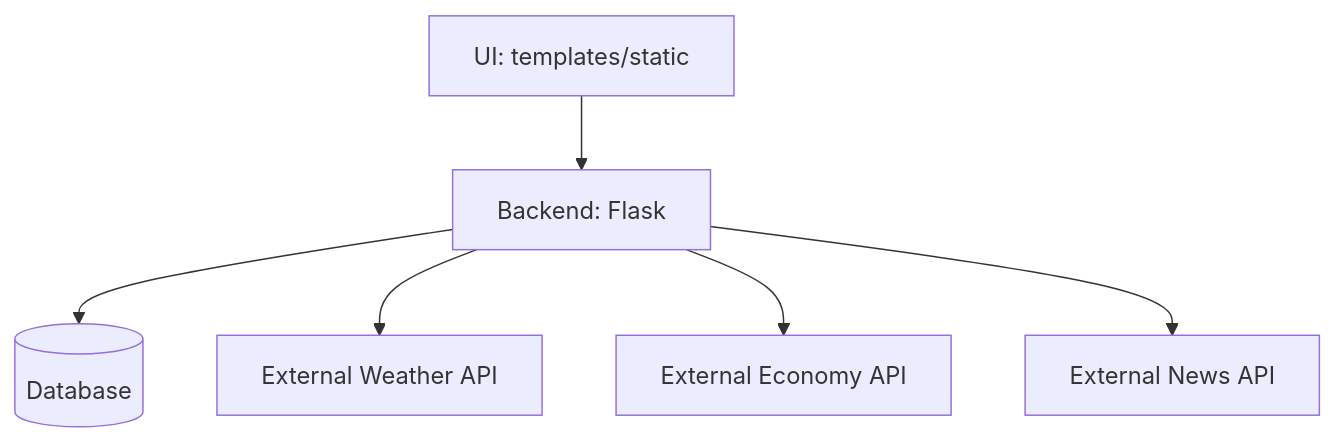
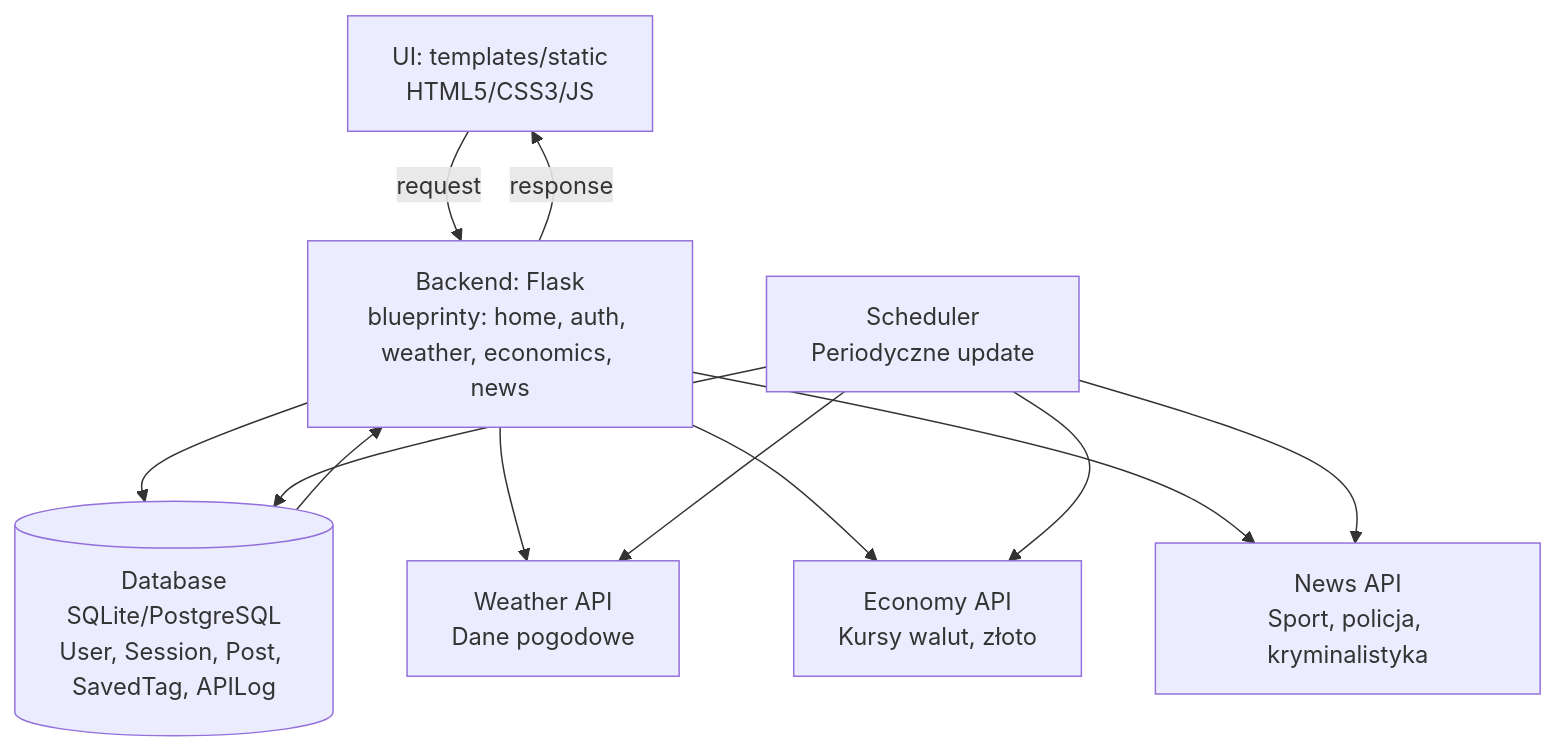
The diagram in docs/architecture.md (MrN1co/NTwKInfo), drawn with Mermaid before and after one commit. The commit also changed other lines of this file and 10 other files, not shown here.

````diff
--- a/docs/architecture.md
+++ b/docs/architecture.md
@@ -73,8 +90,22 @@
 ```mermaid
 flowchart TD
-  UI[UI: templates/static] --> Flask[Backend: Flask]
-  Flask --> DB[(Database)]
-  Flask --> WeatherAPI[External Weather API]
-  Flask --> EconomyAPI[External Economy API]
-  Flask --> NewsAPI[External News API]
+  UI[UI: templates/static<br/>HTML5/CSS3/JS]
+  Flask[Backend: Flask<br/>blueprinty: home, auth, weather, economics, news]
+  DB[(Database<br/>SQLite/PostgreSQL<br/>User, Session, Post, SavedTag, APILog)]
+  WeatherAPI[Weather API<br/>Dane pogodowe]
+  EconomyAPI[Economy API<br/>Kursy walut, złoto]
+  NewsAPI[News API<br/>Sport, policja, kryminalistyka]
+  Scheduler[Scheduler<br/>Periodyczne update]
+  
+  UI -->|request| Flask
+  Flask -->|response| UI
+  Flask --> DB
+  DB --> Flask
+  Flask --> WeatherAPI
+  Flask --> EconomyAPI
+  Flask --> NewsAPI
+  Scheduler --> WeatherAPI
+  Scheduler --> EconomyAPI
+  Scheduler --> NewsAPI
+  Scheduler --> DB
 ```
````
